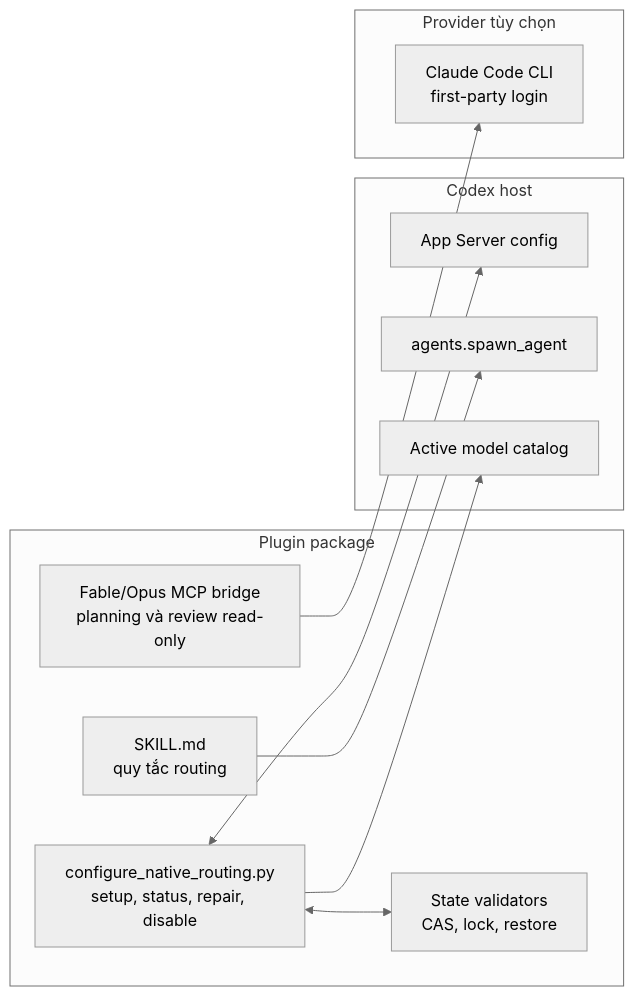
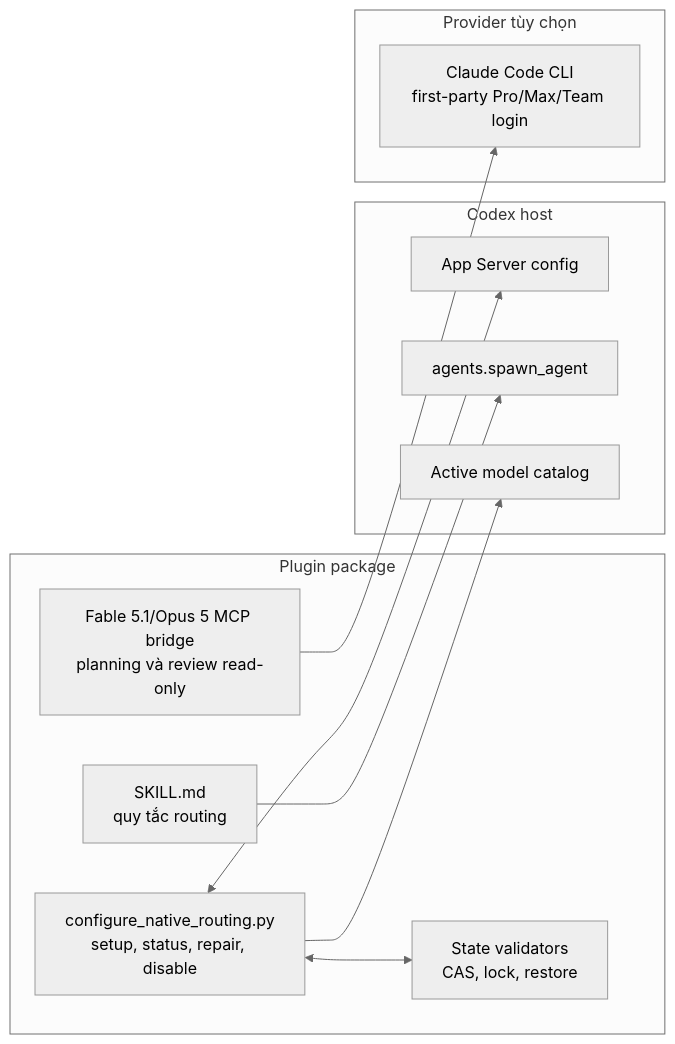
The second of 4 diagrams in docs/architecture.md (jimnguyendev/Codex-Orchestration), drawn with Mermaid (neutral theme) before and after one commit. The commit also changed other lines of this file and 27 other files, not shown here.

````diff
--- a/docs/architecture.md
+++ b/docs/architecture.md
@@ -26,25 +29,25 @@
 ```mermaid
 flowchart LR
     subgraph Repo["Plugin package"]
         S["SKILL.md\nquy tắc routing"]
         N["configure_native_routing.py\nsetup, status, repair, disable"]
-        B["Fable/Opus MCP bridge\nplanning và review read-only"]
+        B["Fable 5.1/Opus 5 MCP bridge\nplanning và review read-only"]
         ST["State validators\nCAS, lock, restore"]
     end
 
     subgraph Host["Codex host"]
         AS["App Server config"]
         A["agents.spawn_agent"]
         M["Active model catalog"]
     end
 
     subgraph Optional["Provider tùy chọn"]
-        CC["Claude Code CLI\nfirst-party login"]
+        CC["Claude Code CLI\nfirst-party Pro/Max/Team login"]
     end
 
     S --> A
     N <--> AS
     N --> M
     N <--> ST
     B --> CC
 ```
````
